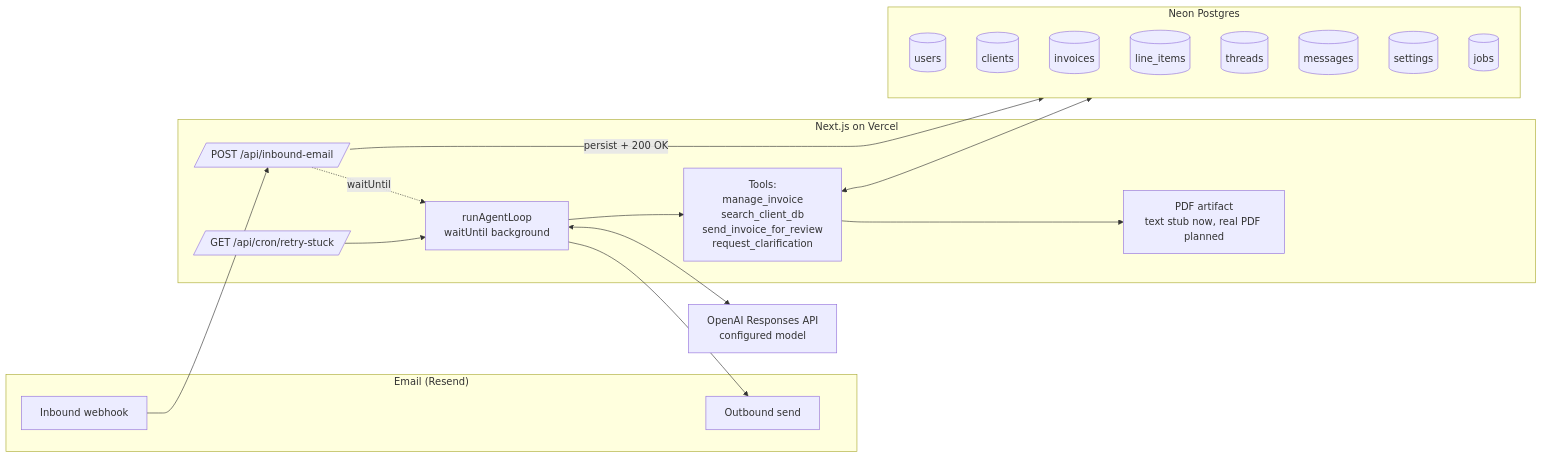
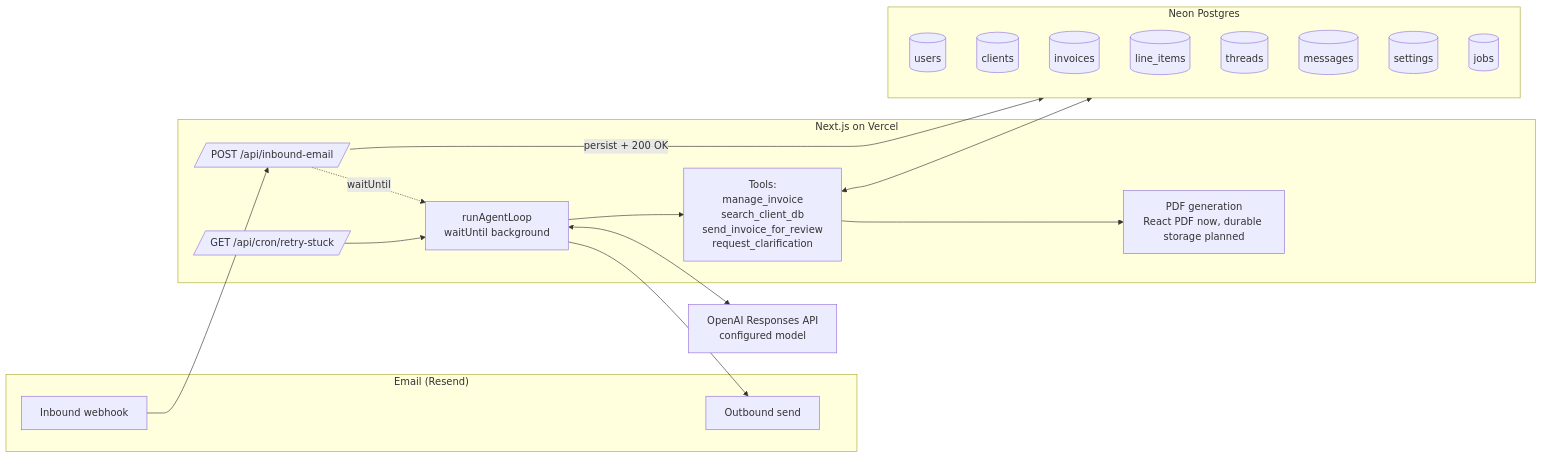
Before and after one commit to erikmalk/invoice-gen: the diagram in docs/plans/invoice-generator-core-app.md, drawn with Mermaid. The commit also changed other lines of this file and 3 other files, not shown here.

````diff
--- a/docs/plans/invoice-generator-core-app.md
+++ b/docs/plans/invoice-generator-core-app.md
@@ -73,38 +73,38 @@
 ```mermaid
 flowchart LR
     subgraph Email["Email (Resend)"]
         IN[Inbound webhook]
         OUT[Outbound send]
     end
 
     subgraph Vercel["Next.js on Vercel"]
         API[/POST /api/inbound-email/]
         RUN[runAgentLoop<br/>waitUntil background]
         CRON[/GET /api/cron/retry-stuck/]
         TOOLS[Tools:<br/>manage_invoice<br/>search_client_db<br/>send_invoice_for_review<br/>request_clarification]
-        PDF[PDF artifact<br/>text stub now, real PDF planned]
+        PDF[PDF generation<br/>React PDF now, durable storage planned]
     end
 
     subgraph Postgres["Neon Postgres"]
         T_users[(users)]
         T_clients[(clients)]
         T_invoices[(invoices)]
         T_items[(line_items)]
         T_threads[(threads)]
         T_messages[(messages)]
         T_settings[(settings)]
         T_jobs[(jobs)]
     end
 
     LLM[OpenAI Responses API<br/>configured model]
 
     IN --> API
     API -->|persist + 200 OK| Postgres
     API -.waitUntil.-> RUN
     RUN <--> LLM
     RUN --> TOOLS
     TOOLS --> PDF
     TOOLS <--> Postgres
     RUN --> OUT
     CRON --> RUN
 ```
````
